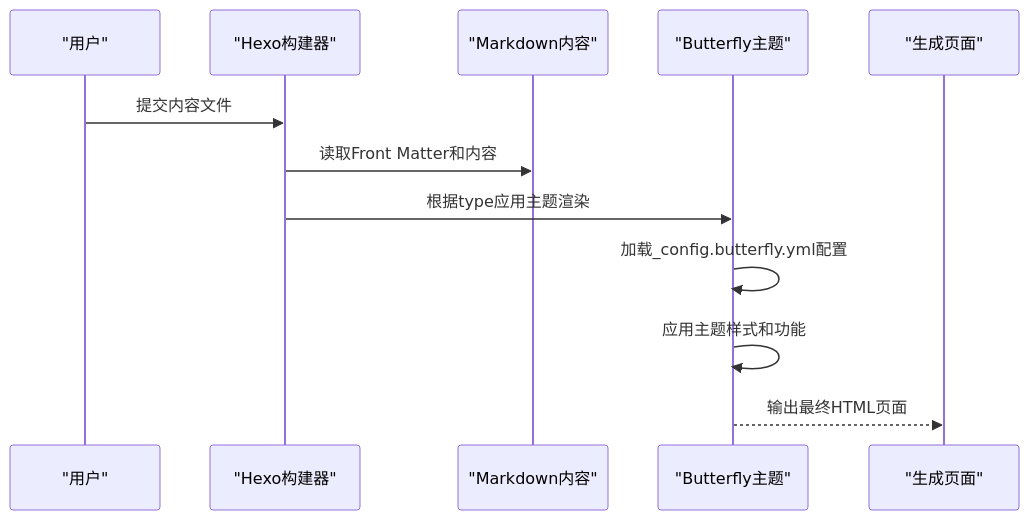
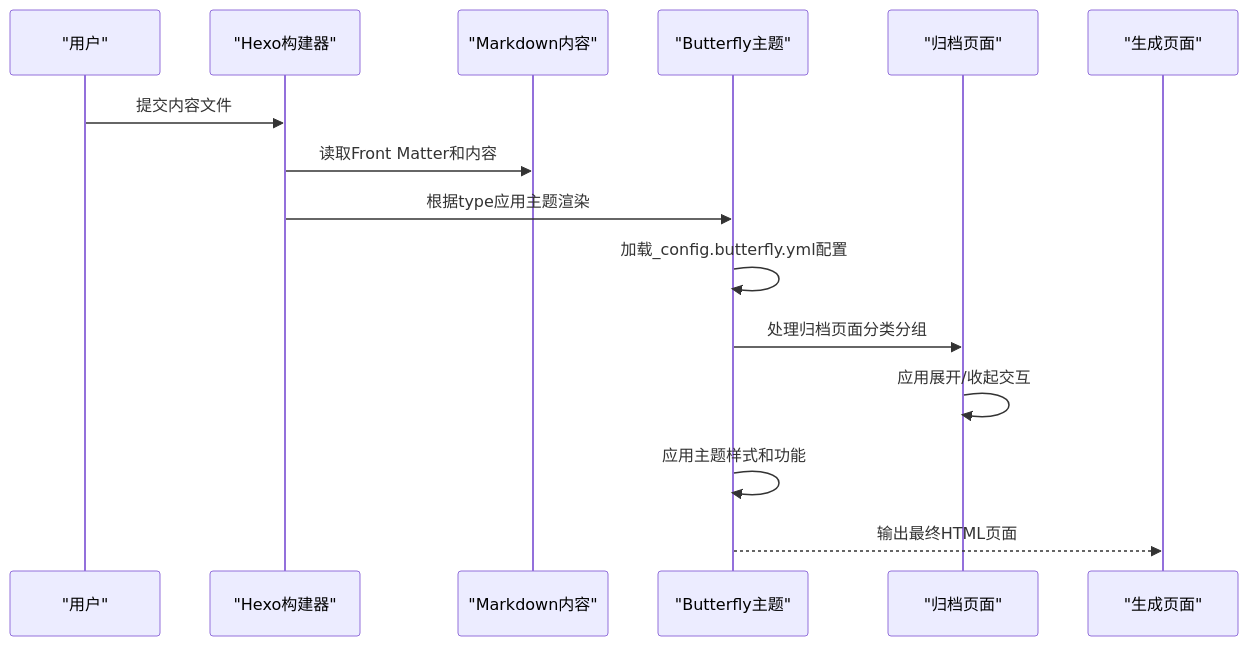
Before and after one commit to CoolPig0720/CoolPig0720.github.io: the second of 5 diagrams in .qoder/repowiki/zh/content/页面布局和模板系统/布局系统详解.md, drawn with Mermaid. The commit also changed other lines of this file and 14 other files, not shown here.

````diff
--- a/.qoder/repowiki/zh/content/页面布局和模板系统/布局系统详解.md
+++ b/.qoder/repowiki/zh/content/页面布局和模板系统/布局系统详解.md
@@ -111,14 +120,17 @@
 ```mermaid
 sequenceDiagram
 participant U as "用户"
 participant HEXO as "Hexo构建器"
 participant MD as "Markdown内容"
 participant THEME as "Butterfly主题"
+participant ARCHIVE as "归档页面"
 participant OUT as "生成页面"
 U->>HEXO : 提交内容文件
 HEXO->>MD : 读取Front Matter和内容
 HEXO->>THEME : 根据type应用主题渲染
 THEME->>THEME : 加载_config.butterfly.yml配置
+THEME->>ARCHIVE : 处理归档页面分类分组
+ARCHIVE->>ARCHIVE : 应用展开/收起交互
 THEME->>THEME : 应用主题样式和功能
 THEME-->>OUT : 输出最终HTML页面
 ```
````
